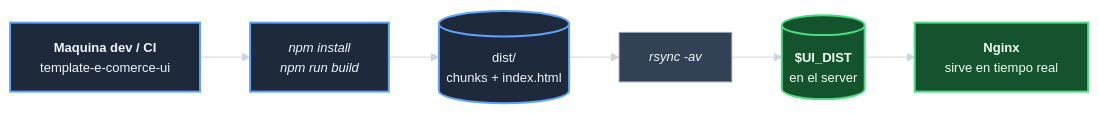
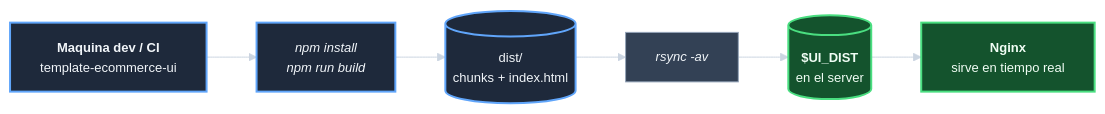
One commit to jcg-admin/template-ecommerce-server changed the second of 2 diagrams in docs/operaciones.md. Above: the diagram before and after it, drawn with Mermaid. The commit also changed other lines of this file and 27 other files, not shown here.

First line of the commit message:
Rename to template-ecommerce-server (F2)

````diff
--- a/docs/operaciones.md
+++ b/docs/operaciones.md
@@ -451,32 +451,32 @@
 ```mermaid
 %%{init: {'theme':'base', 'themeVariables': {
   'background': '#0f172a',
   'primaryColor': '#1e293b',
   'primaryTextColor': '#f1f5f9',
   'primaryBorderColor': '#94a3b8',
   'lineColor': '#cbd5e1',
   'secondaryColor': '#334155',
   'fontSize': '13px'
 }}}%%
 flowchart LR
-    maquina_desarrollo["<b>Maquina dev / CI</b><br/>template-e-comerce-ui"]
+    maquina_desarrollo["<b>Maquina dev / CI</b><br/>template-ecommerce-ui"]
     paso_npm_build["<i>npm install</i><br/><i>npm run build</i>"]
     directorio_dist[("dist/<br/>chunks + index.html")]
     paso_rsync["<i>rsync -av</i>"]
     directorio_destino_server[("<b>$UI_DIST</b><br/>en el server")]
     servidor_nginx_runtime["<b>Nginx</b><br/>sirve en tiempo real"]
 
     maquina_desarrollo --> paso_npm_build
     paso_npm_build --> directorio_dist
     directorio_dist --> paso_rsync
     paso_rsync --> directorio_destino_server
     directorio_destino_server --> servidor_nginx_runtime
 
     classDef devNode fill:#1e293b,stroke:#60a5fa,stroke-width:2px,color:#f1f5f9
     classDef opNode fill:#334155,stroke:#94a3b8,stroke-width:1px,color:#f1f5f9
     classDef prodNode fill:#14532d,stroke:#4ade80,stroke-width:2px,color:#f0fdf4
 
     class maquina_desarrollo,paso_npm_build,directorio_dist devNode
     class paso_rsync opNode
     class directorio_destino_server,servidor_nginx_runtime prodNode
 ```
````
